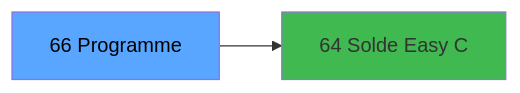
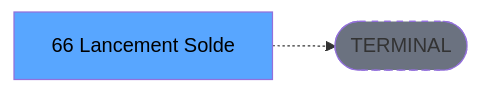
One commit to thonyAGP/lecteur-magic changed the third of 3 diagrams in .openspec/renders/ADH-IDE-66.md. Above: the diagram before and after it, drawn with Mermaid. The commit also changed other lines of this file and 701 other files, not shown here.

````diff
--- a/.openspec/renders/ADH-IDE-66.md
+++ b/.openspec/renders/ADH-IDE-66.md
@@ -122,8 +134,8 @@
 ```mermaid
 graph LR
-    T[66 Programme]
-    C64[64 Solde Easy C]
-    T --> C64
+    T[66 Lancement Solde]
+    TERM([TERMINAL])
+    T -.-> TERM
+    style TERM fill:#6b7280,stroke-dasharray: 5 5
     style T fill:#58a6ff,color:#000
-    style C64 fill:#3fb950
 ```
````
